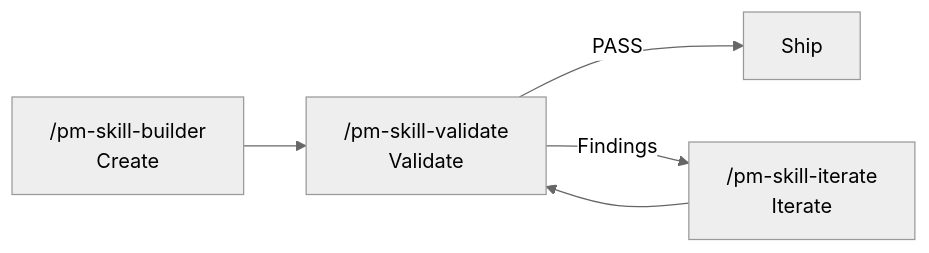
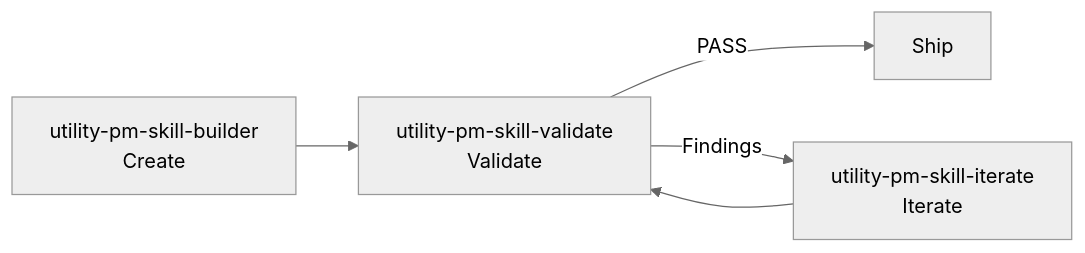
The diagram in QUICKSTART.md (product-on-purpose/pm-skills), drawn with Mermaid (neutral theme) before and after one commit. The commit also changed other lines of this file and 187 other files, not shown here.

````diff
--- a/QUICKSTART.md
+++ b/QUICKSTART.md
@@ -61,7 +61,7 @@
 ```mermaid
 flowchart LR
-    Create["/pm-skill-builder\nCreate"] --> Validate["/pm-skill-validate\nValidate"]
+    Create["utility-pm-skill-builder\nCreate"] --> Validate["utility-pm-skill-validate\nValidate"]
     Validate -- "PASS" --> Ship["Ship"]
-    Validate -- "Findings" --> Iterate["/pm-skill-iterate\nIterate"]
+    Validate -- "Findings" --> Iterate["utility-pm-skill-iterate\nIterate"]
     Iterate --> Validate
 ```
````
